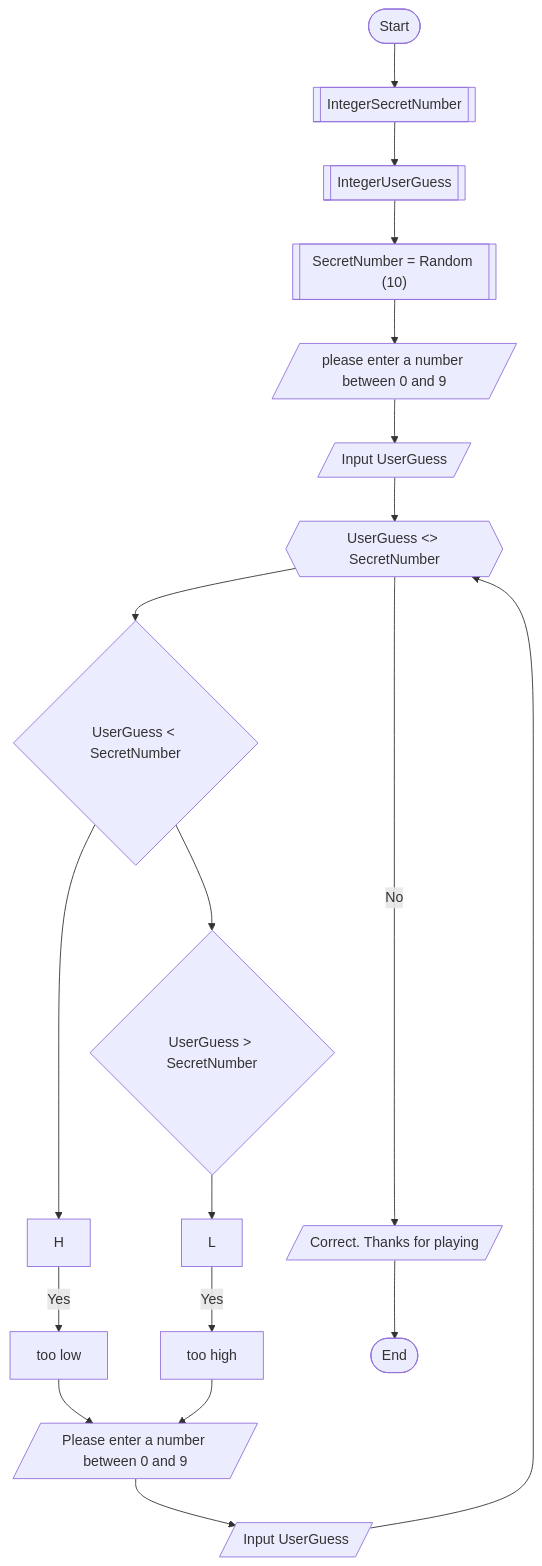
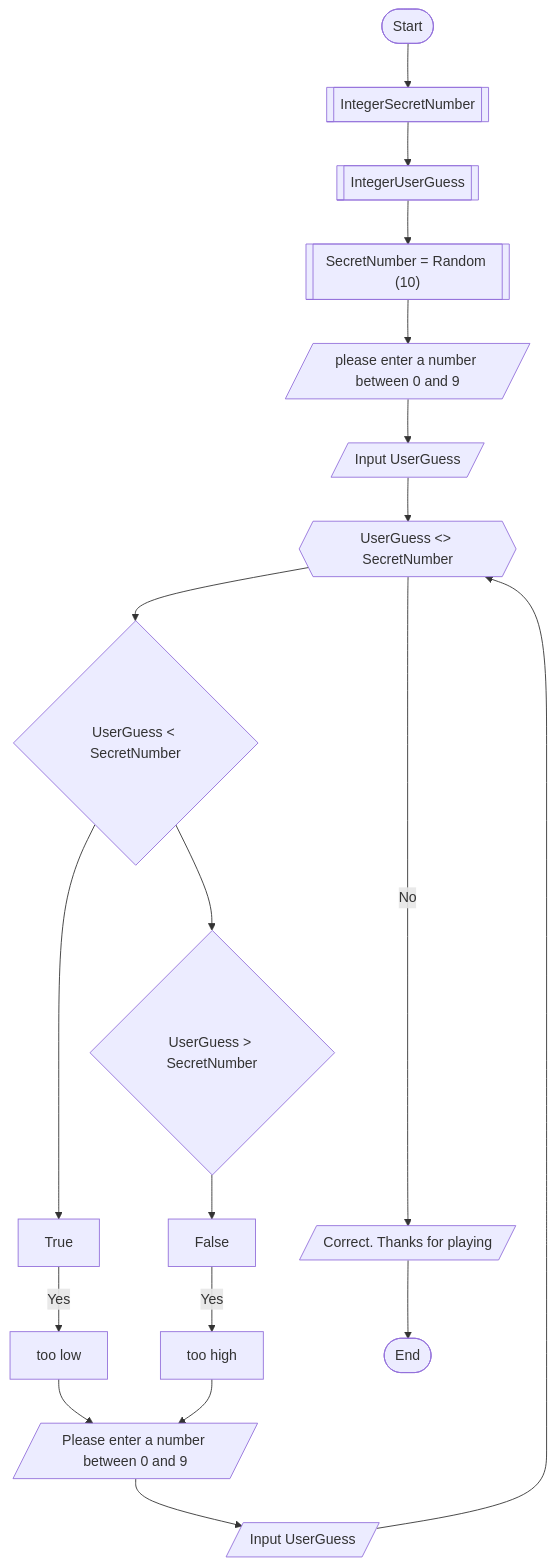
One commit to njedwards1872/njedwards1872.github.io changed the diagram in Guessing.md. Above: the diagram before and after it, drawn with Mermaid.

````diff
--- a/Guessing.md
+++ b/Guessing.md
@@ -1,19 +1,19 @@
 ```mermaid
 flowchart TD
  Start([Start]) --> 
     A@{ shape: subproc, label: "IntegerSecretNumber" } -->
     B@{ shape: subproc, label: "IntegerUserGuess" } -->
     C@{ shape: subproc, label: "SecretNumber = Random (10)" } --> 
     D@{ shape: lean-r, label: "please enter a number between 0 and 9" } -->
     E@{ shape: lean-r, label: "Input UserGuess" } -->
     F@{ shape: hex, label: "UserGuess <> SecretNumber" }--> G{"UserGuess < SecretNumber"} -->
-    H -- Yes --> I["too low"] -->N
+    True -- Yes --> I["too low"] -->N
     G{"UserGuess < SecretNumber"} -->K{"UserGuess > SecretNumber"} -->
-    L -- Yes --> M["too high"] -->N
+    False -- Yes --> M["too high"] -->N
     F ---->|No| P[End]
    
     N@{ shape: lean-r, label: "Please enter a number between 0 and 9" } --> O@{ shape: lean-r, label: "Input UserGuess" } -->F
     P@{ shape: lean-r, label: "Correct. Thanks for playing" } -->
 
  End([End])
 ```
````
